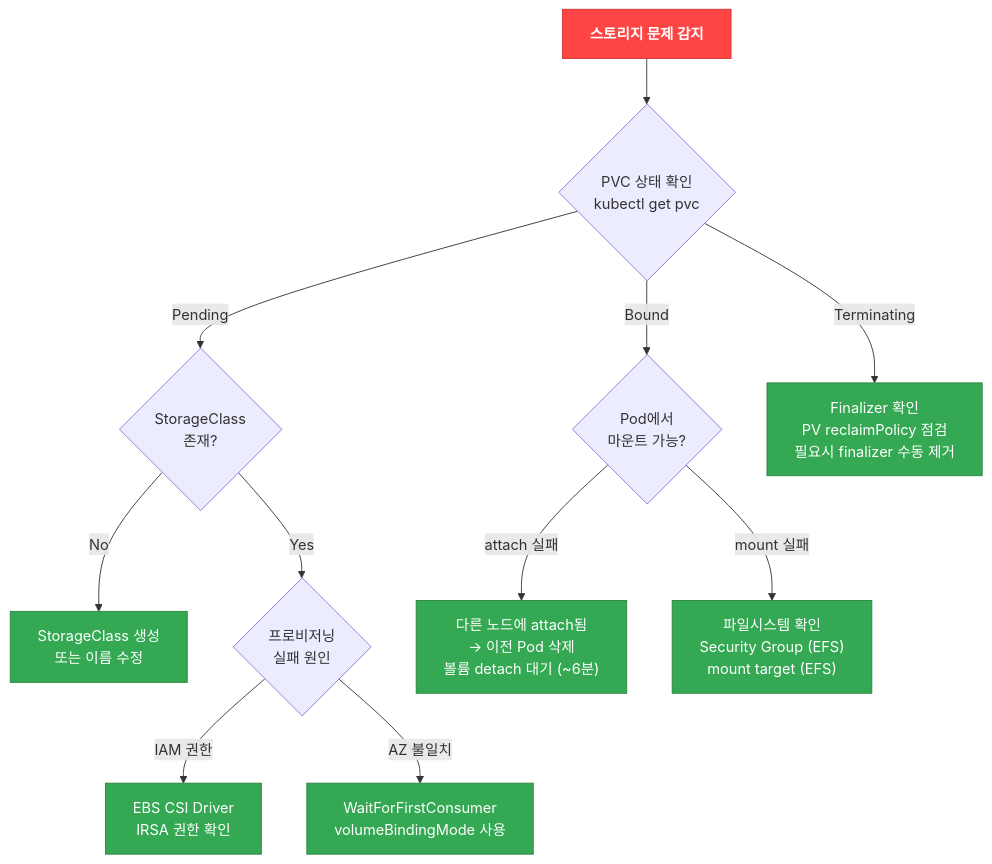
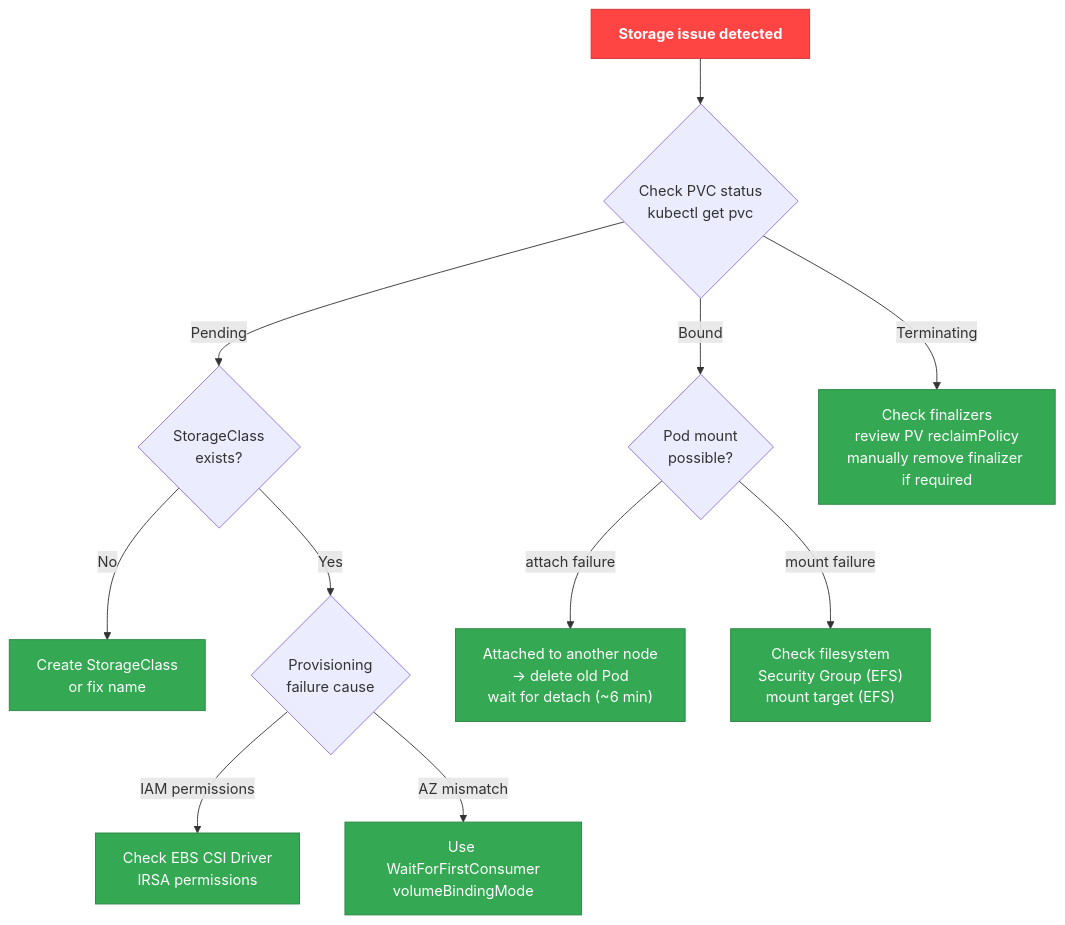
Before and after one commit to devfloor9/engineering-playbook: the diagram in docs/eks-best-practices/operations-reliability/eks-debugging/storage.md, drawn with Mermaid. The commit also changed other lines of this file and 954 other files, not shown here.

````diff
--- a/docs/eks-best-practices/operations-reliability/eks-debugging/storage.md
+++ b/docs/eks-best-practices/operations-reliability/eks-debugging/storage.md
@@ -22,37 +22,37 @@
 ```mermaid
 flowchart TD
-    STOR_ISSUE["`**스토리지 문제 감지**`"] --> PVC_STATUS{"`PVC 상태 확인
+    STOR_ISSUE["`**Storage issue detected**`"] --> PVC_STATUS{"`Check PVC status
     kubectl get pvc`"}
 
     PVC_STATUS -->|Pending| PVC_PENDING{"`StorageClass
-    존재?`"}
-    PVC_PENDING -->|No| SC_CREATE["`StorageClass 생성
-    또는 이름 수정`"]
-    PVC_PENDING -->|Yes| PROVISION{"`프로비저닝
-    실패 원인`"}
-    PROVISION -->|IAM 권한| IAM_FIX["`EBS CSI Driver
-    IRSA 권한 확인`"]
-    PROVISION -->|AZ 불일치| AZ_FIX["`WaitForFirstConsumer
-    volumeBindingMode 사용`"]
+    exists?`"}
+    PVC_PENDING -->|No| SC_CREATE["`Create StorageClass
+    or fix name`"]
+    PVC_PENDING -->|Yes| PROVISION{"`Provisioning
+    failure cause`"}
+    PROVISION -->|IAM permissions| IAM_FIX["`Check EBS CSI Driver
+    IRSA permissions`"]
+    PROVISION -->|AZ mismatch| AZ_FIX["`Use WaitForFirstConsumer
+    volumeBindingMode`"]
 
-    PVC_STATUS -->|Bound| MOUNT_ISSUE{"`Pod에서
-    마운트 가능?`"}
-    MOUNT_ISSUE -->|attach 실패| ATTACH_FIX["`다른 노드에 attach됨
-    → 이전 Pod 삭제
-    볼륨 detach 대기 (~6분)`"]
-    MOUNT_ISSUE -->|mount 실패| MOUNT_FIX["`파일시스템 확인
+    PVC_STATUS -->|Bound| MOUNT_ISSUE{"`Pod mount
+    possible?`"}
+    MOUNT_ISSUE -->|attach failure| ATTACH_FIX["`Attached to another node
+    → delete old Pod
+    wait for detach (~6 min)`"]
+    MOUNT_ISSUE -->|mount failure| MOUNT_FIX["`Check filesystem
     Security Group (EFS)
     mount target (EFS)`"]
 
-    PVC_STATUS -->|Terminating| FINALIZER_FIX["`Finalizer 확인
-    PV reclaimPolicy 점검
-    필요시 finalizer 수동 제거`"]
+    PVC_STATUS -->|Terminating| FINALIZER_FIX["`Check finalizers
+    review PV reclaimPolicy
+    manually remove finalizer if required`"]
 
     style STOR_ISSUE fill:#ff4444,stroke:#cc3636,color:#fff
     style SC_CREATE fill:#34a853,stroke:#2a8642,color:#fff
     style IAM_FIX fill:#34a853,stroke:#2a8642,color:#fff
     style AZ_FIX fill:#34a853,stroke:#2a8642,color:#fff
     style ATTACH_FIX fill:#34a853,stroke:#2a8642,color:#fff
     style MOUNT_FIX fill:#34a853,stroke:#2a8642,color:#fff
     style FINALIZER_FIX fill:#34a853,stroke:#2a8642,color:#fff
 ```
````
